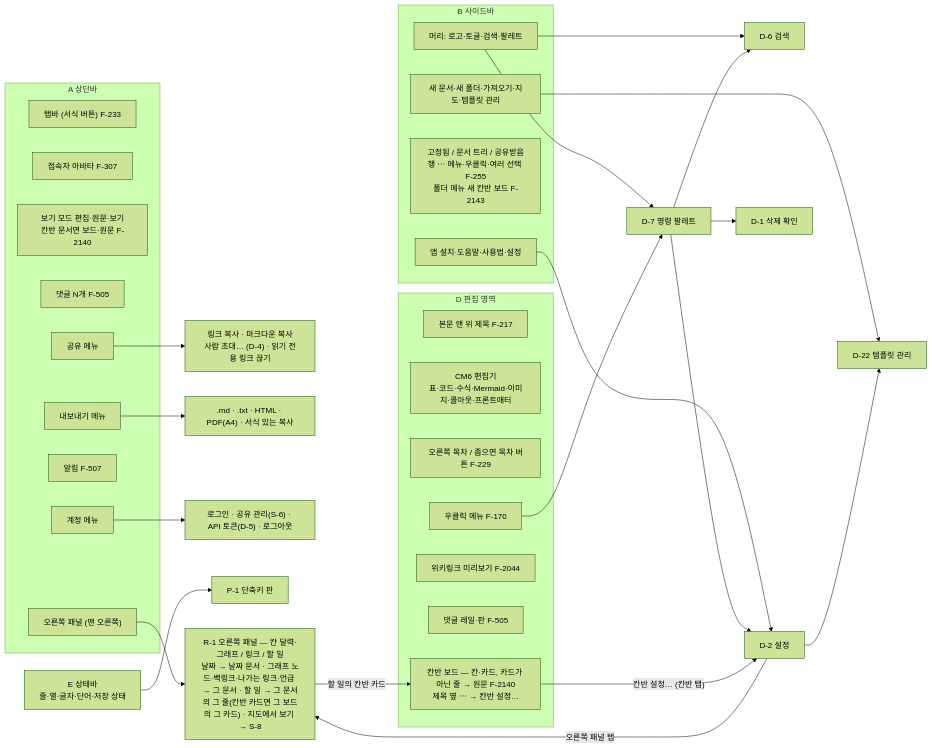
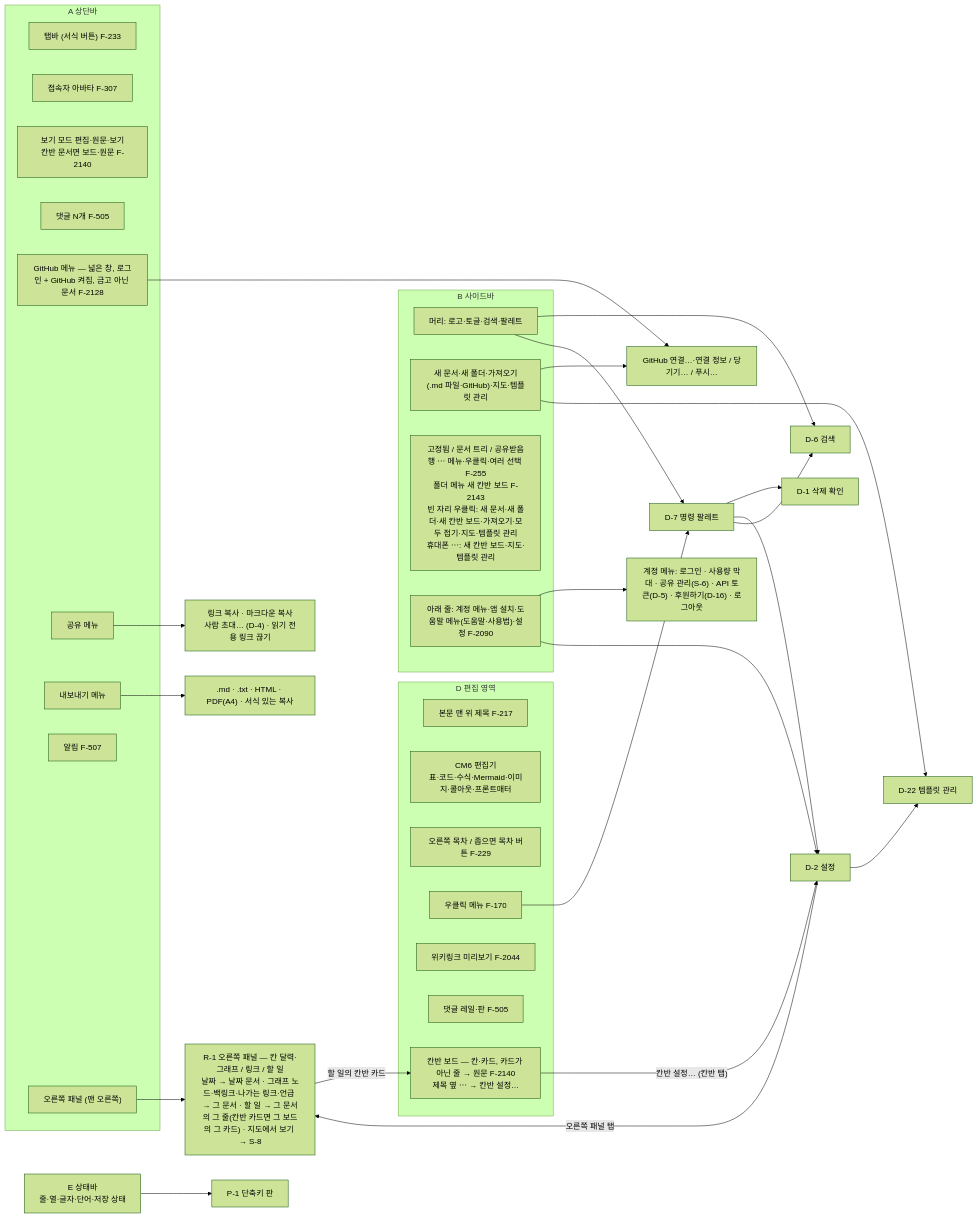
Before and after one commit to R00neyj/rawdoc: the third of 5 diagrams in specs/map.md, drawn with Mermaid (forest theme). The commit also changed other lines of this file, not shown here.

Commit message:
화면 지도에 GitHub·후원·시작 문서·권한 요청·빈 자리 메뉴 반영

````diff
--- a/specs/map.md
+++ b/specs/map.md
@@ -68,48 +68,50 @@
 ```mermaid
 flowchart LR
   subgraph A["A 상단바"]
     A1["탭바 (서식 버튼) F-233"]
     A2["접속자 아바타 F-307"]
     A3["보기 모드 편집·원문·보기<br/>칸반 문서면 보드·원문 F-2140"]
     A4["댓글 N개 F-505"]
-    A5["공유 메뉴"]
-    A6["내보내기 메뉴"]
-    A7["알림 F-507"]
-    A8["계정 메뉴"]
+    A5["GitHub 메뉴 — 넓은 창, 로그인 + GitHub 켜짐, 금고 아닌 문서 F-2128"]
+    A6["공유 메뉴"]
+    A7["내보내기 메뉴"]
+    A8["알림 F-507"]
     A9["오른쪽 패널 (맨 오른쪽)"]
   end
   subgraph B["B 사이드바"]
     B1["머리: 로고·토글·검색·팔레트"]
-    B2["새 문서·새 폴더·가져오기·지도·템플릿 관리"]
-    B3["고정됨 / 문서 트리 / 공유받음<br/>행 ⋯ 메뉴·우클릭·여러 선택 F-255<br/>폴더 메뉴 새 칸반 보드 F-2143"]
-    B4["앱 설치·도움말·사용법·설정"]
+    B2["새 문서·새 폴더·가져오기(.md 파일·GitHub)·지도·템플릿 관리"]
+    B3["고정됨 / 문서 트리 / 공유받음<br/>행 ⋯ 메뉴·우클릭·여러 선택 F-255<br/>폴더 메뉴 새 칸반 보드 F-2143<br/>빈 자리 우클릭: 새 문서·새 폴더·새 칸반 보드·가져오기·모두 접기·지도·템플릿 관리<br/>휴대폰 ⋯: 새 칸반 보드·지도·템플릿 관리"]
+    B4["아래 줄: 계정 메뉴·앱 설치·도움말 메뉴(도움말·사용법)·설정 F-2090"]
   end
   subgraph D["D 편집 영역"]
     D1["본문 맨 위 제목 F-217"]
     D2["CM6 편집기<br/>표·코드·수식·Mermaid·이미지·콜아웃·프론트매터"]
     D3["오른쪽 목차 / 좁으면 목차 버튼 F-229"]
     D4["우클릭 메뉴 F-170"]
     D5["위키링크 미리보기 F-2044"]
     D6["댓글 레일·판 F-505"]
     D7["칸반 보드 — 칸·카드, 카드가 아닌 줄 → 원문 F-2140<br/>제목 옆 ⋯ → 칸반 설정…"]
   end
   E["E 상태바<br/>줄·열·글자·단어·저장 상태"]
 
-  A5 --> share["링크 복사 · 마크다운 복사<br/>사람 초대… (D-4) · 읽기 전용 링크 끊기"]
-  A6 --> export[".md · .txt · HTML · PDF(A4) · 서식 있는 복사"]
-  A8 --> account["로그인 · 공유 관리(S-6) · API 토큰(D-5) · 로그아웃"]
+  A6 --> share["링크 복사 · 마크다운 복사<br/>사람 초대… (D-4) · 읽기 전용 링크 끊기"]
+  A7 --> export[".md · .txt · HTML · PDF(A4) · 서식 있는 복사"]
+  B4 --> account["계정 메뉴: 로그인 · 사용량 막대 · 공유 관리(S-6) · API 토큰(D-5) · 후원하기(D-16) · 로그아웃"]
+  A5 --> ghdlg["GitHub 연결…·연결 정보 / 당기기… / 푸시…"]
+  B2 --> ghdlg
   B1 --> D6dlg["D-6 검색"]
   B1 --> D7dlg["D-7 명령 팔레트"]
   B4 --> D2dlg["D-2 설정"]
   B2 --> D22dlg["D-22 템플릿 관리"]
   D2dlg --> D22dlg
   D4 --> D7dlg
   D7dlg --> D1dlg["D-1 삭제 확인"]
   D7dlg --> D2dlg
   D7dlg --> D6dlg
   E --> P1["P-1 단축키 판"]
   A9 --> R1["R-1 오른쪽 패널 — 칸 달력·그래프 / 링크 / 할 일<br/>날짜 → 날짜 문서 · 그래프 노드·백링크·나가는 링크·언급 → 그 문서 · 할 일 → 그 문서의 그 줄(칸반 카드면 그 보드의 그 카드) · 지도에서 보기 → S-8"]
   D2dlg -- "오른쪽 패널 탭" --> R1
   D7 -- "칸반 설정… (칸반 탭)" --> D2dlg
   R1 -- "할 일의 칸반 카드" --> D7
 ```
````
